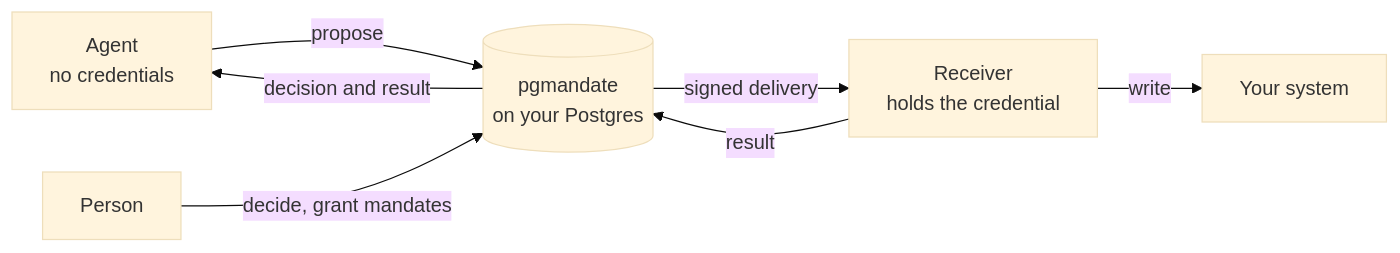
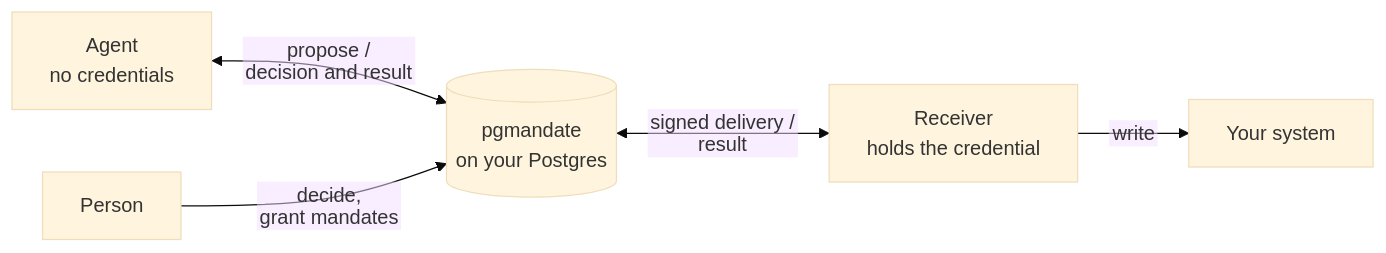
One commit to andreas-lindfalk/mandate changed the diagram in README.md. Above: the diagram before and after it, drawn with Mermaid (base theme). The commit also changed other lines of this file and 13 other files, not shown here.

````diff
--- a/README.md
+++ b/README.md
@@ -12,9 +12,8 @@
 ```mermaid
+%%{init: {"flowchart": {"htmlLabels": false}}}%%
 flowchart LR
-    A[Agent<br/>no credentials] -- propose --> P[(pgmandate<br/>on your Postgres)]
-    H[Person] -- decide, grant mandates --> P
-    P -- signed delivery --> R[Receiver<br/>holds the credential]
-    R -- write --> S[Your system]
-    R -- result --> P
-    P -- decision and result --> A
+    A["Agent<br/>no credentials"] <-- "propose /<br/>decision and result" --> P[("pgmandate<br/>on your Postgres")]
+    H["Person"] -- "decide,<br/>grant mandates" --> P
+    P <-- "signed delivery /<br/>result" --> R["Receiver<br/>holds the credential"]
+    R -- "write" --> S["Your system"]
 ```
````
